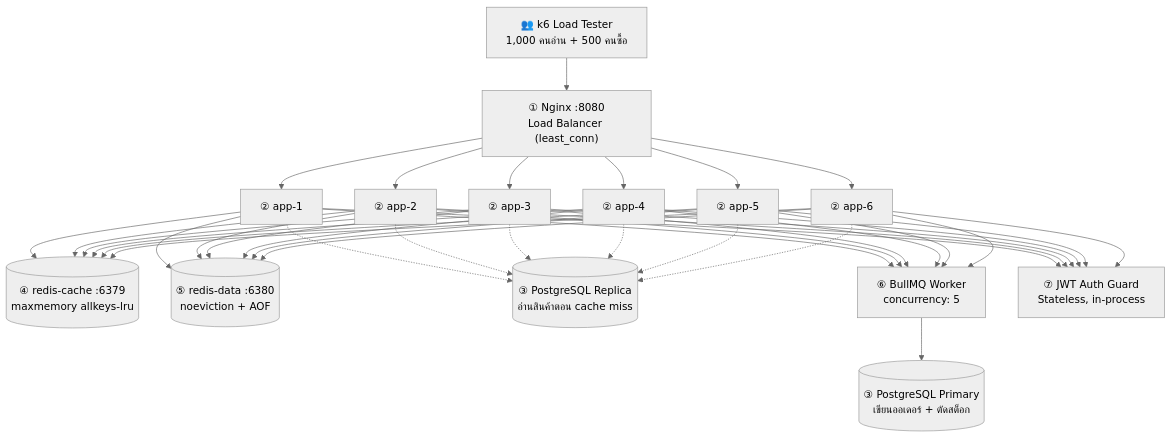
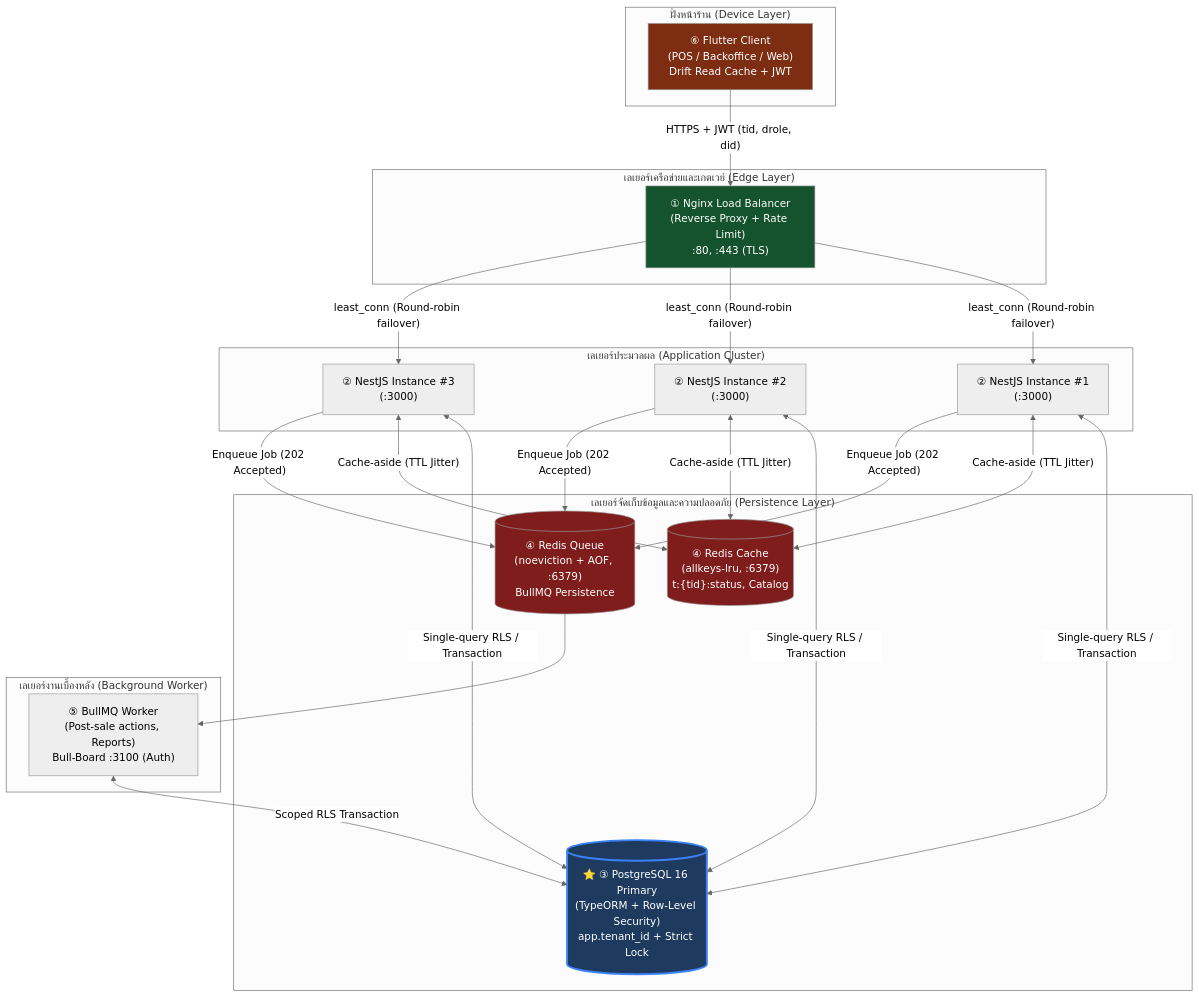
Before and after one commit to NuimanLP/srisurart-pos-flutter: the first of 4 diagrams in docs/Backend_design/architecture-primer.md, drawn with Mermaid (neutral theme). The commit also changed other lines of this file and 4 other files, not shown here.

Commit message:
docs(architecture): align architecture blueprint with Srisurart POS, finalize primer, checklist, and audit records

````diff
--- a/docs/Backend_design/architecture-primer.md
+++ b/docs/Backend_design/architecture-primer.md
@@ -232,31 +229,40 @@
 ```mermaid
-flowchart TD
-    K6["👥 k6 Load Tester<br/>1,000 คนอ่าน + 500 คนซื้อ"]
+flowchart TB
+    subgraph ClientLayer["ฝั่งหน้าร้าน (Device Layer)"]
+      C6["⑥ Flutter Client<br/>(POS / Backoffice / Web)<br/>Drift Read Cache + JWT"]
+    end
 
-    NGINX["① Nginx :8080<br/>Load Balancer (least_conn)"]
+    subgraph EdgeLayer["เลเยอร์เครือข่ายและเกตเวย์ (Edge Layer)"]
+      N1["① Nginx Load Balancer<br/>(Reverse Proxy + Rate Limit)<br/>:80, :443 (TLS)"]
+    end
 
-    APP1["② app-1"]
-    APP2["② app-2"]
-    APP3["② app-3"]
-    APP4["② app-4"]
-    APP5["② app-5"]
-    APP6["② app-6"]
+    subgraph AppLayer["เลเยอร์ประมวลผล (Application Cluster)"]
+      A2_1["② NestJS Instance #1<br/>(:3000)"]
+      A2_2["② NestJS Instance #2<br/>(:3000)"]
+      A2_3["② NestJS Instance #3<br/>(:3000)"]
+    end
 
-    RC[("④ redis-cache :6379<br/>maxmemory allkeys-lru")]
-    RD[("⑤ redis-data :6380<br/>noeviction + AOF")]
+    subgraph StorageLayer["เลเยอร์จัดเก็บข้อมูลและความปลอดภัย (Persistence Layer)"]
+      P3[("⭐ ③ PostgreSQL 16 Primary<br/>(TypeORM + Row-Level Security)<br/>app.tenant_id + Strict Lock")]
+      R4_1[("④ Redis Cache<br/>(allkeys-lru, :6379)<br/>t:{tid}:status, Catalog")]
+      R4_2[("④ Redis Queue<br/>(noeviction + AOF, :6379)<br/>BullMQ Persistence")]
+    end
 
-    PG_M[("③ PostgreSQL Primary<br/>เขียนออเดอร์ + ตัดสต็อก")]
-    PG_R[("③ PostgreSQL Replica<br/>อ่านสินค้าตอน cache miss")]
+    subgraph WorkerLayer["เลเยอร์งานเบื้องหลัง (Background Worker)"]
+      W5["⑤ BullMQ Worker<br/>(Post-sale actions, Reports)<br/>Bull-Board :3100 (Auth)"]
+    end
 
-    BMQ["⑥ BullMQ Worker<br/>concurrency: 5"]
-    JWT["⑦ JWT Auth Guard<br/>Stateless, in-process"]
+    C6 -->|"HTTPS + JWT (tid, drole, did)"| N1
+    N1 -->|"least_conn (Round-robin failover)"| A2_1 & A2_2 & A2_3
+    A2_1 & A2_2 & A2_3 <-->|"Single-query RLS / Transaction"| P3
+    A2_1 & A2_2 & A2_3 <-->|"Cache-aside (TTL Jitter)"| R4_1
+    A2_1 & A2_2 & A2_3 -->|"Enqueue Job (202 Accepted)"| R4_2
+    R4_2 --> W5
+    W5 <-->|"Scoped RLS Transaction"| P3
 
-    K6 --> NGINX
-    NGINX --> APP1 & APP2 & APP3 & APP4 & APP5 & APP6
-    APP1 & APP2 & APP3 & APP4 & APP5 & APP6 --> JWT
-    APP1 & APP2 & APP3 & APP4 & APP5 & APP6 --> RC
-    APP1 & APP2 & APP3 & APP4 & APP5 & APP6 --> RD
-    APP1 & APP2 & APP3 & APP4 & APP5 & APP6 --> BMQ
-    BMQ --> PG_M
-    APP1 & APP2 & APP3 & APP4 & APP5 & APP6 -.-> PG_R
+    style P3 fill:#1e3a5f,color:#fff,stroke:#3b82f6,stroke-width:3px
+    style N1 fill:#14532d,color:#fff
+    style C6 fill:#7c2d12,color:#fff
+    style R4_1 fill:#7f1d1d,color:#fff
+    style R4_2 fill:#7f1d1d,color:#fff
 ```
````
